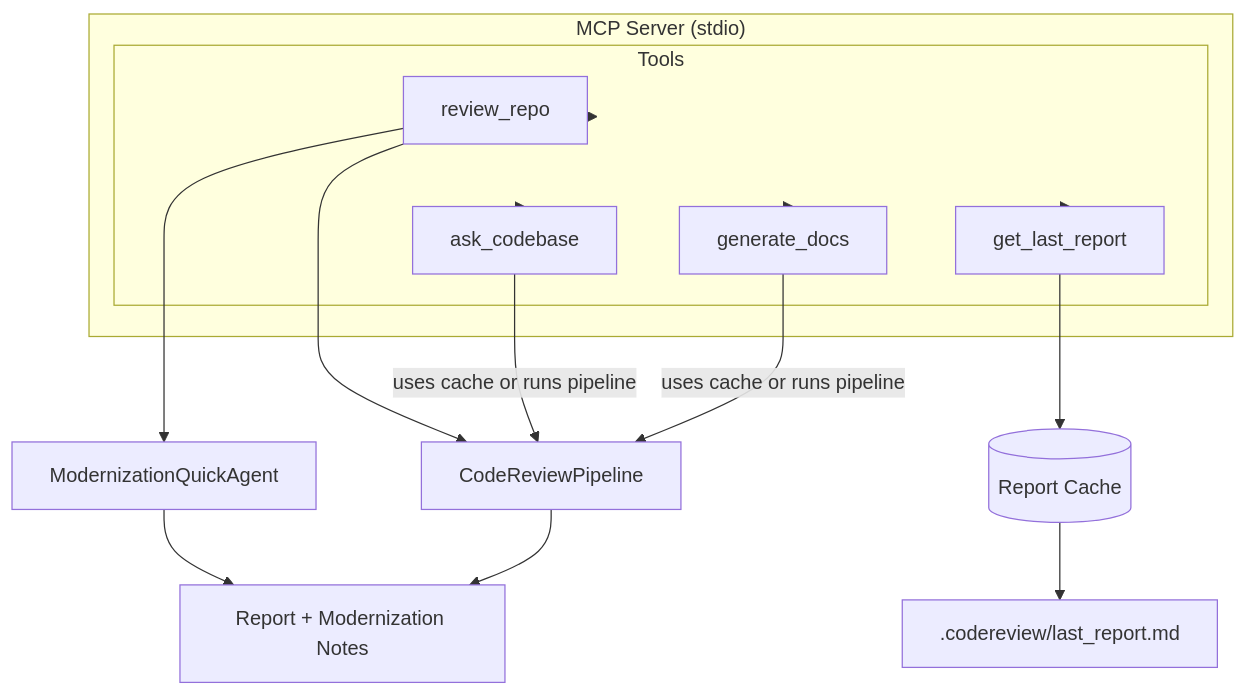
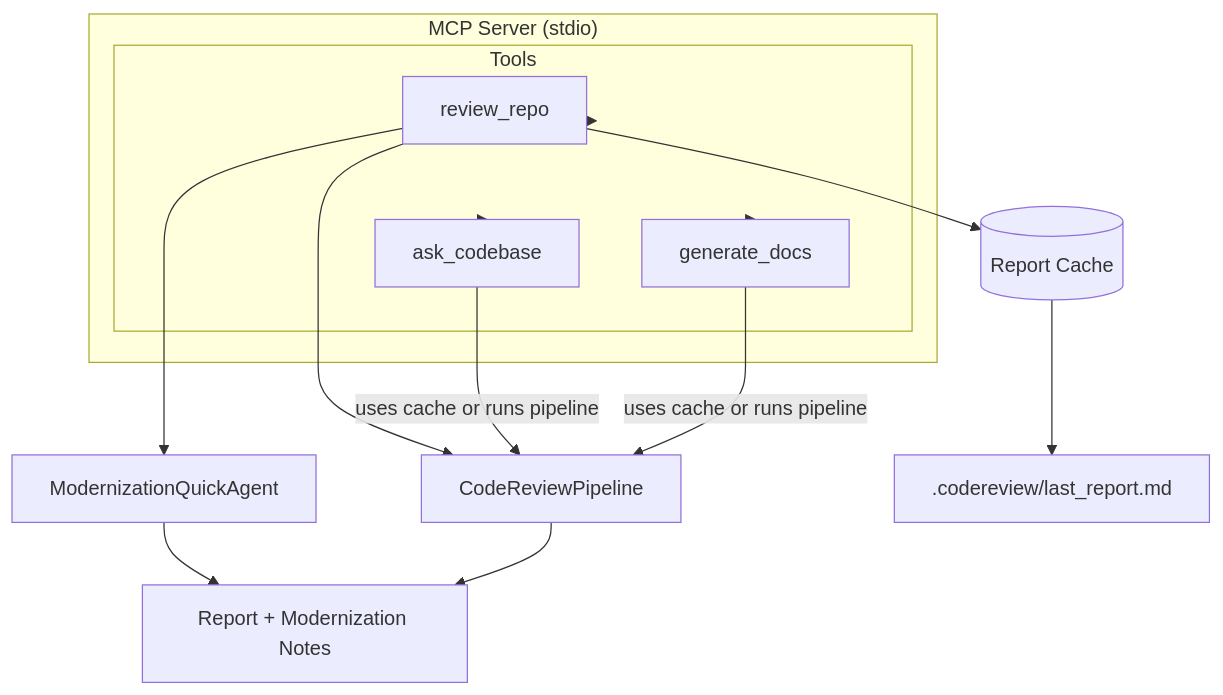
The fifth of 6 diagrams in README.md (bhavyananda17/multi_agent_code_review_mcpserver), drawn with Mermaid before and after one commit. The commit also changed other lines of this file and 5 other files, not shown here.

First line of the commit message:
Remove get_last_report tool, update docs, add MCP file logging

````diff
--- a/README.md
+++ b/README.md
@@ -268,29 +267,27 @@
 ```mermaid
 graph TB
     subgraph "MCP Server (stdio)"
         Tools[CodeReviewMcpTools]
     end
 
     subgraph "Tools"
         T1[review_repo]
         T2[ask_codebase]
-        T3[get_last_report]
-        T4[generate_docs]
+        T3[generate_docs]
     end
 
     Tools --> T1
     Tools --> T2
     Tools --> T3
-    Tools --> T4
 
     T1 --> Pipeline[CodeReviewPipeline]
     T1 --> Modern[ModernizationQuickAgent]
     Modern --> Report[Report + Modernization Notes]
 
     T2 -->|"uses cache or runs pipeline"| Pipeline
-    T3 --> Cache[(Report Cache)]
-    T4 -->|"uses cache or runs pipeline"| Pipeline
+    T3 -->|"uses cache or runs pipeline"| Pipeline
 
     Pipeline --> Report
+    T1 --> Cache[(Report Cache)]
     Cache --> Disk[.codereview/last_report.md]
 ```
````
